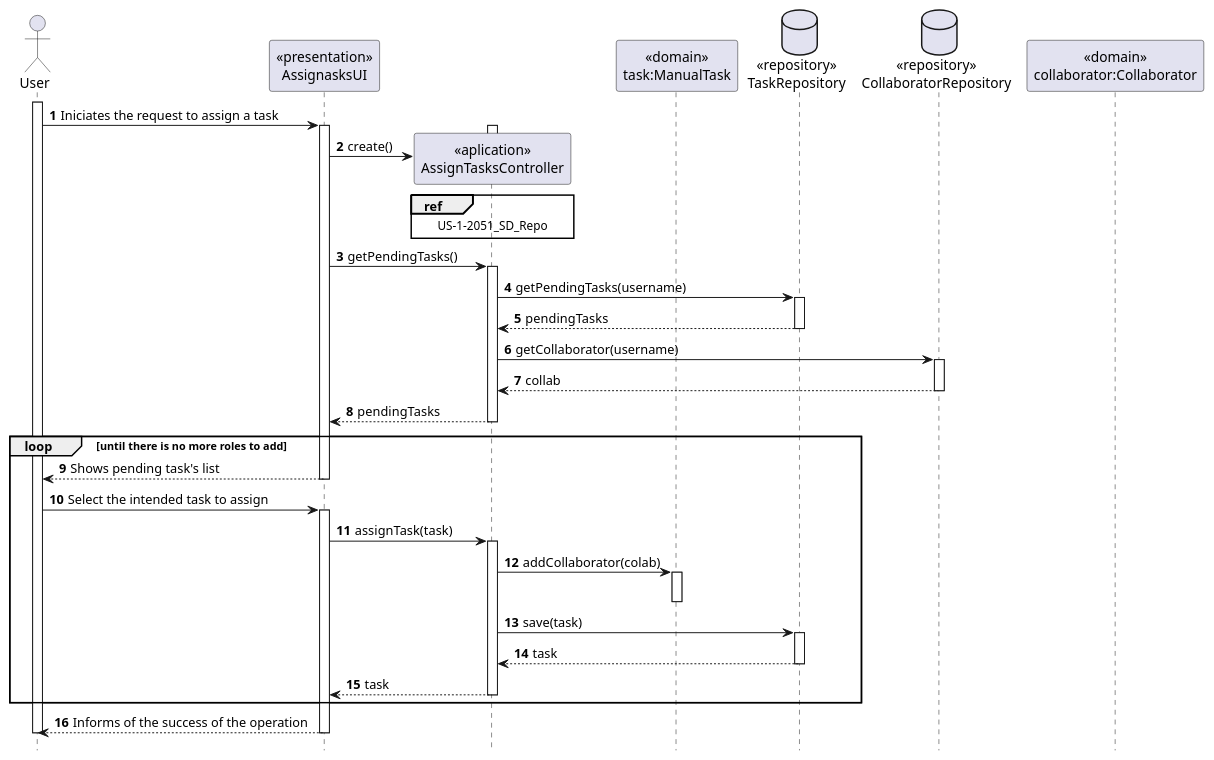
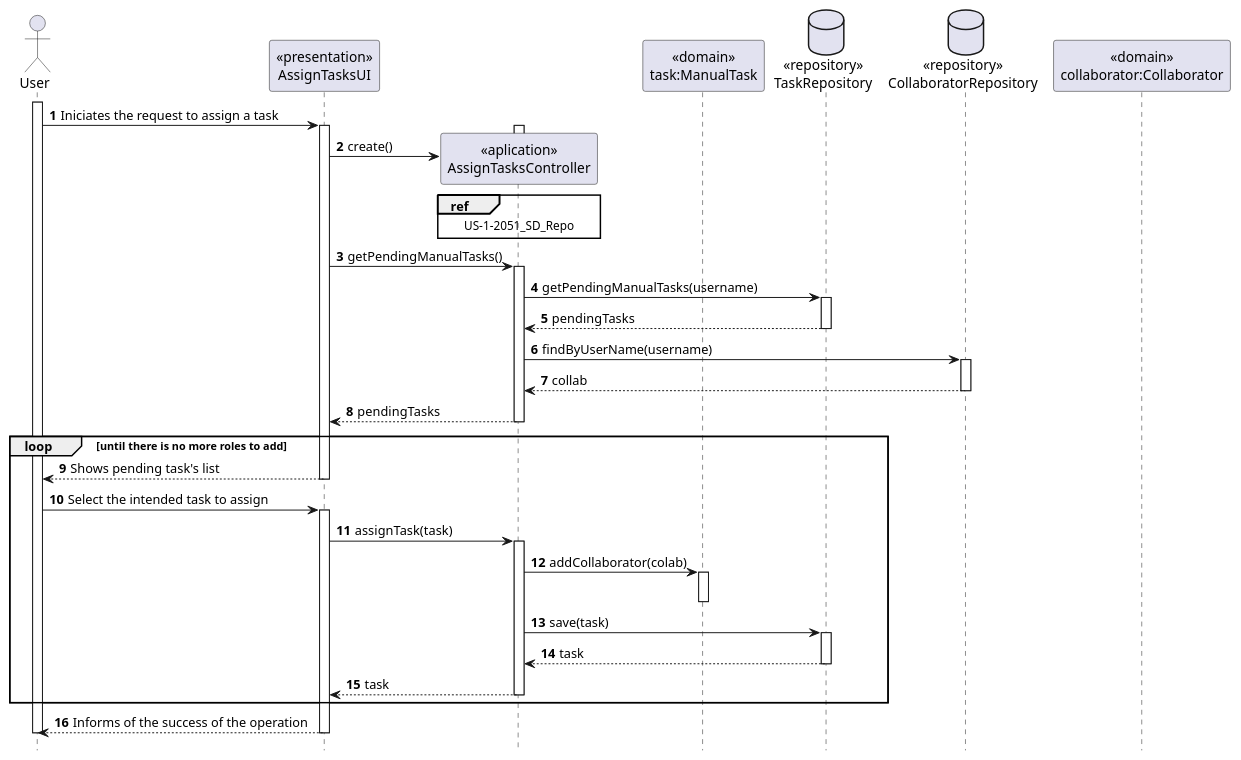
Before and after one commit to tiagoavcosta25/LAPR4: the diagram in doc/engenharia/SprintC/1190424/US1-1005/US-2-1005_SD_.puml, drawn with PlantUML.

Commit message:
LAPR4-144 #Design #developing SD changes

```diff
--- a/doc/engenharia/SprintC/1190424/US1-1005/US-2-1005_SD_.puml
+++ b/doc/engenharia/SprintC/1190424/US1-1005/US-2-1005_SD_.puml
@@ -1,71 +1,71 @@
 @startuml
 autonumber
 hide footbox
 
 actor "User" as U
 
-participant "<<presentation>>\nAssignasksUI" as UI
+participant "<<presentation>>\nAssignTasksUI" as UI
 participant "<<aplication>>\nAssignTasksController" as CTRL
 participant "<<domain>>\ntask:ManualTask" as MT
 database "<<repository>>\nTaskRepository" as TR
 database "<<repository>>\nCollaboratorRepository" as CR
 participant "<<domain>>\ncollaborator:Collaborator" as COLLAB
 
 activate U
 
 U-> UI : Iniciates the request to assign a task
 activate UI
 
 activate CTRL
 UI-> CTRL** : create()
 ref over CTRL
 US-1-2051_SD_Repo
 end ref
 deactivate CTRL
 
-UI-> CTRL : getPendingTasks()
+UI-> CTRL : getPendingManualTasks()
 activate CTRL
 
-CTRL-> TR : getPendingTasks(username)
+CTRL-> TR : getPendingManualTasks(username)
 activate TR
 
 TR--> CTRL : pendingTasks
 deactivate TR
 
-CTRL-> CR : getCollaborator(username)
+CTRL-> CR : findByUserName(username)
 activate CR
 CR--> CTRL : collab
 deactivate CR
 
 CTRL--> UI : pendingTasks
 deactivate CTRL
 
 loop until there is no more roles to add
 UI --> U: Shows pending task's list
 deactivate UI
 
 U-> UI : Select the intended task to assign
 activate UI
 
 UI-> CTRL : assignTask(task)
 activate CTRL
 
 CTRL-> MT : addCollaborator(colab)
 activate MT
 deactivate MT
 
 CTRL-> TR : save(task)
 activate TR
 
 TR --> CTRL : task
 deactivate TR
 
 CTRL--> UI : task
 deactivate CTRL
 end
 
 UI --> U: Informs of the success of the operation
 deactivate UI
 deactivate U
 
-@endumlml
+@enduml
```
